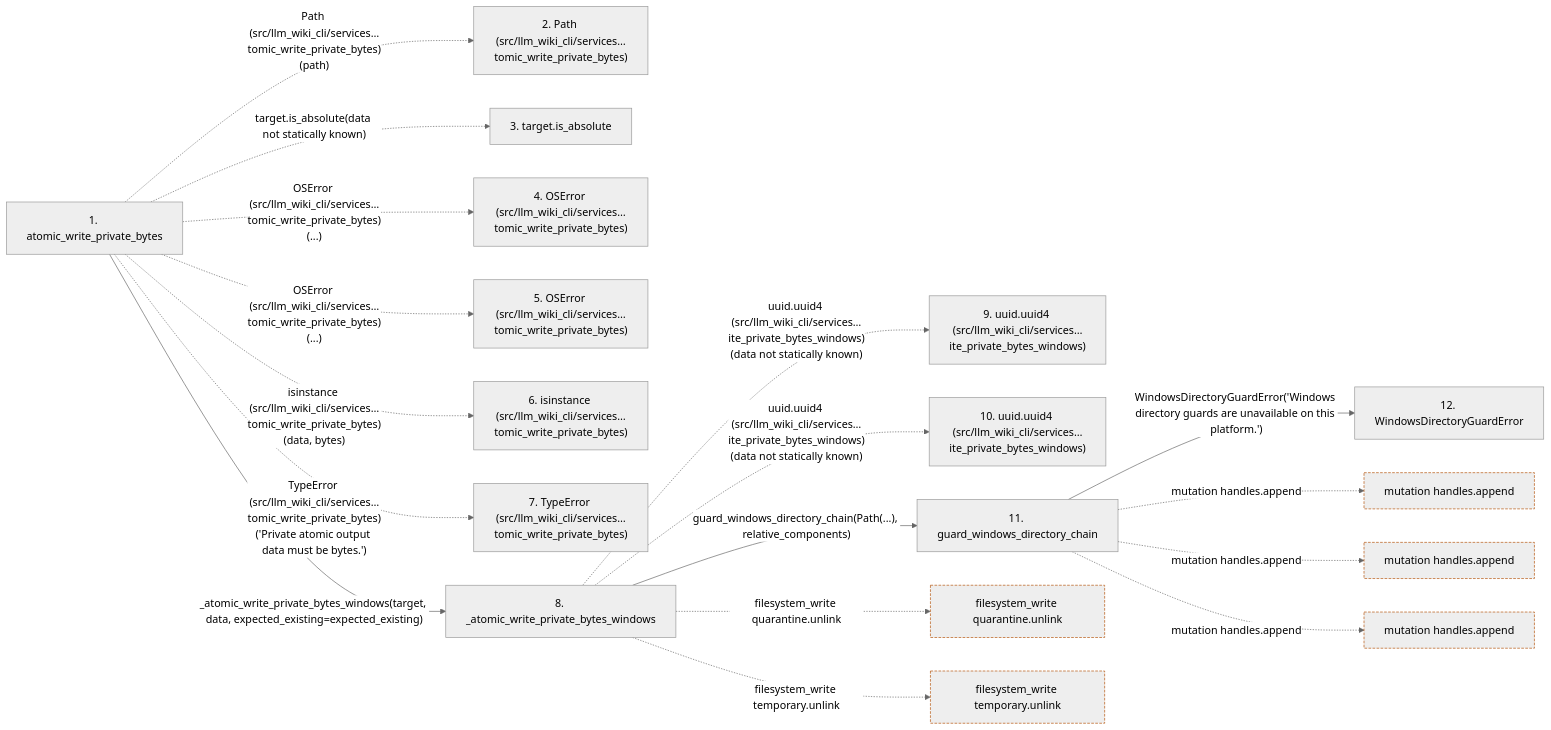
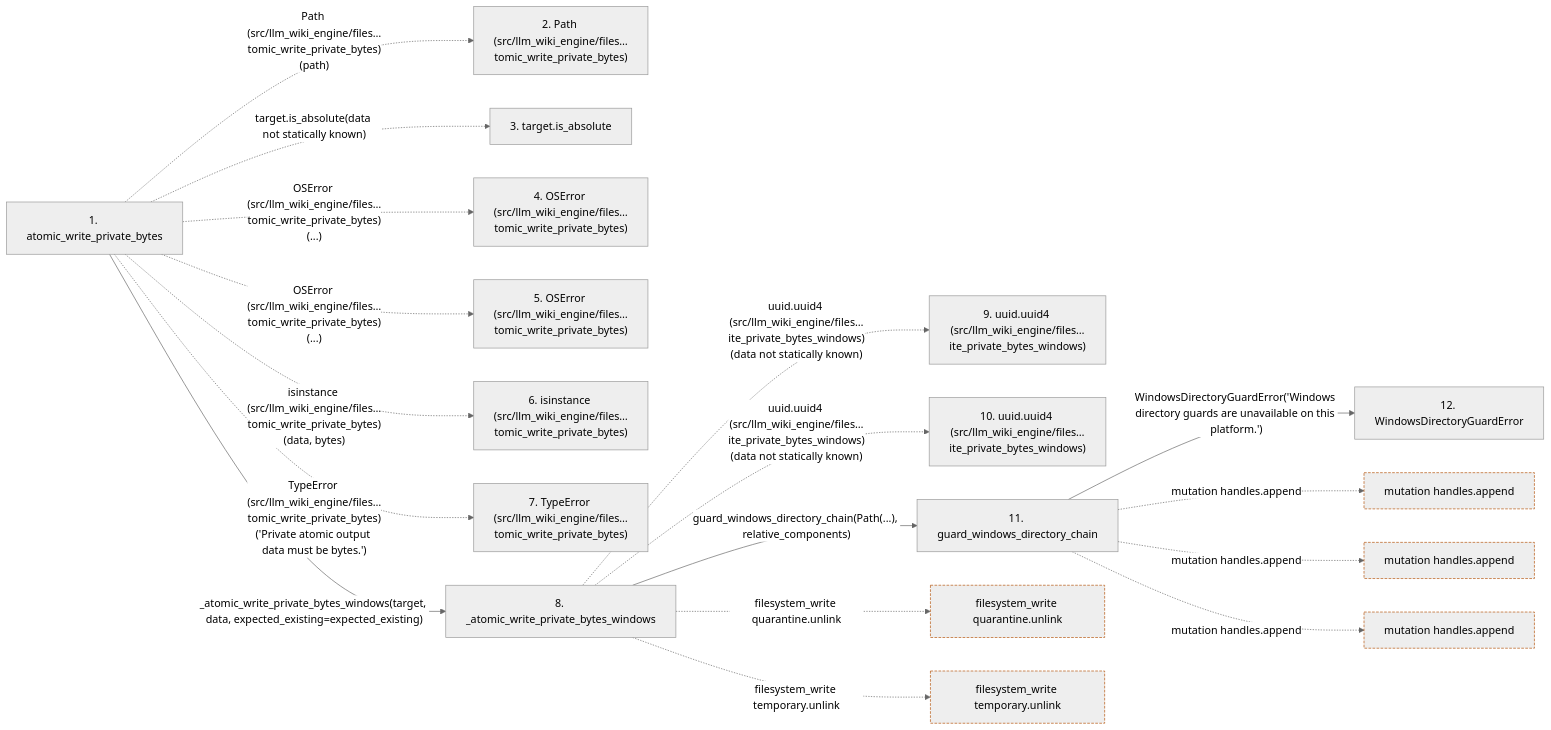
Before and after one commit to Denissvgn/python-wiki-llm: the second of 2 diagrams in docs/llm_wiki/flows/api-atomic_write_private_bytes.md, drawn with Mermaid (neutral theme). The commit also changed other lines of this file and 739 other files, not shown here.

First line of the commit message:
docs: refresh the wiki for the second engine batch

````diff
--- a/docs/llm_wiki/flows/api-atomic_write_private_bytes.md
+++ b/docs/llm_wiki/flows/api-atomic_write_private_bytes.md
@@ -129,46 +129,46 @@
 ```mermaid
 flowchart LR
     s1["1. atomic_write_private_bytes"]
-    s2["2. Path (src/llm_wiki_cli/services…tomic_write_private_bytes)"]
+    s2["2. Path (src/llm_wiki_engine/files…tomic_write_private_bytes)"]
     s3["3. target.is_absolute"]
-    s4["4. OSError (src/llm_wiki_cli/services…tomic_write_private_bytes)"]
-    s5["5. OSError (src/llm_wiki_cli/services…tomic_write_private_bytes)"]
-    s6["6. isinstance (src/llm_wiki_cli/services…tomic_write_private_bytes)"]
-    s7["7. TypeError (src/llm_wiki_cli/services…tomic_write_private_bytes)"]
+    s4["4. OSError (src/llm_wiki_engine/files…tomic_write_private_bytes)"]
+    s5["5. OSError (src/llm_wiki_engine/files…tomic_write_private_bytes)"]
+    s6["6. isinstance (src/llm_wiki_engine/files…tomic_write_private_bytes)"]
+    s7["7. TypeError (src/llm_wiki_engine/files…tomic_write_private_bytes)"]
     s8["8. _atomic_write_private_bytes_windows"]
-    s9["9. uuid.uuid4 (src/llm_wiki_cli/services…ite_private_bytes_windows)"]
-    s10["10. uuid.uuid4 (src/llm_wiki_cli/services…ite_private_bytes_windows)"]
+    s9["9. uuid.uuid4 (src/llm_wiki_engine/files…ite_private_bytes_windows)"]
+    s10["10. uuid.uuid4 (src/llm_wiki_engine/files…ite_private_bytes_windows)"]
     s11["11. guard_windows_directory_chain"]
     s12["12. WindowsDirectoryGuardError"]
-    s1 -. "Path (src/llm_wiki_cli/services…tomic_write_private_bytes)(path)" .-> s2
+    s1 -. "Path (src/llm_wiki_engine/files…tomic_write_private_bytes)(path)" .-> s2
     s1 -. "target.is_absolute(data not statically known)" .-> s3
-    s1 -. "OSError (src/llm_wiki_cli/services…tomic_write_private_bytes)(...)" .-> s4
-    s1 -. "OSError (src/llm_wiki_cli/services…tomic_write_private_bytes)(...)" .-> s5
-    s1 -. "isinstance (src/llm_wiki_cli/services…tomic_write_private_bytes)(data, bytes)" .-> s6
-    s1 -. "TypeError (src/llm_wiki_cli/services…tomic_write_private_bytes)('Private atomic output data must be bytes.')" .-> s7
+    s1 -. "OSError (src/llm_wiki_engine/files…tomic_write_private_bytes)(...)" .-> s4
+    s1 -. "OSError (src/llm_wiki_engine/files…tomic_write_private_bytes)(...)" .-> s5
+    s1 -. "isinstance (src/llm_wiki_engine/files…tomic_write_private_bytes)(data, bytes)" .-> s6
+    s1 -. "TypeError (src/llm_wiki_engine/files…tomic_write_private_bytes)('Private atomic output data must be bytes.')" .-> s7
     s1 -->|"_atomic_write_private_bytes_windows(target, data, expected_existing=expected_existing)"| s8
-    s8 -. "uuid.uuid4 (src/llm_wiki_cli/services…ite_private_bytes_windows)(data not statically known)" .-> s9
-    s8 -. "uuid.uuid4 (src/llm_wiki_cli/services…ite_private_bytes_windows)(data not statically known)" .-> s10
+    s8 -. "uuid.uuid4 (src/llm_wiki_engine/files…ite_private_bytes_windows)(data not statically known)" .-> s9
+    s8 -. "uuid.uuid4 (src/llm_wiki_engine/files…ite_private_bytes_windows)(data not statically known)" .-> s10
     s8 -->|"guard_windows_directory_chain(Path(...), relative_components)"| s11
     s11 -->|"WindowsDirectoryGuardError('Windows directory guards are unavailable on this platform.')"| s12
     b0["filesystem_write quarantine.unlink"]
     s8 -. "filesystem_write quarantine.unlink" .-> b0
     b1["filesystem_write temporary.unlink"]
     s8 -. "filesystem_write temporary.unlink" .-> b1
     b2["mutation handles.append"]
     s11 -. "mutation handles.append" .-> b2
     b3["mutation handles.append"]
     s11 -. "mutation handles.append" .-> b3
     b4["mutation handles.append"]
     s11 -. "mutation handles.append" .-> b4
     click s1 "../modules/filesystem_guard.md"
     click s8 "../modules/filesystem_guard.md"
     click s11 "../modules/filesystem_guard.md"
     click s12 "../modules/filesystem_guard.md"
     classDef boundary stroke:#b45309,stroke-dasharray: 4 2
     class b0 boundary
     class b1 boundary
     class b2 boundary
     class b3 boundary
     class b4 boundary
 ```
````
